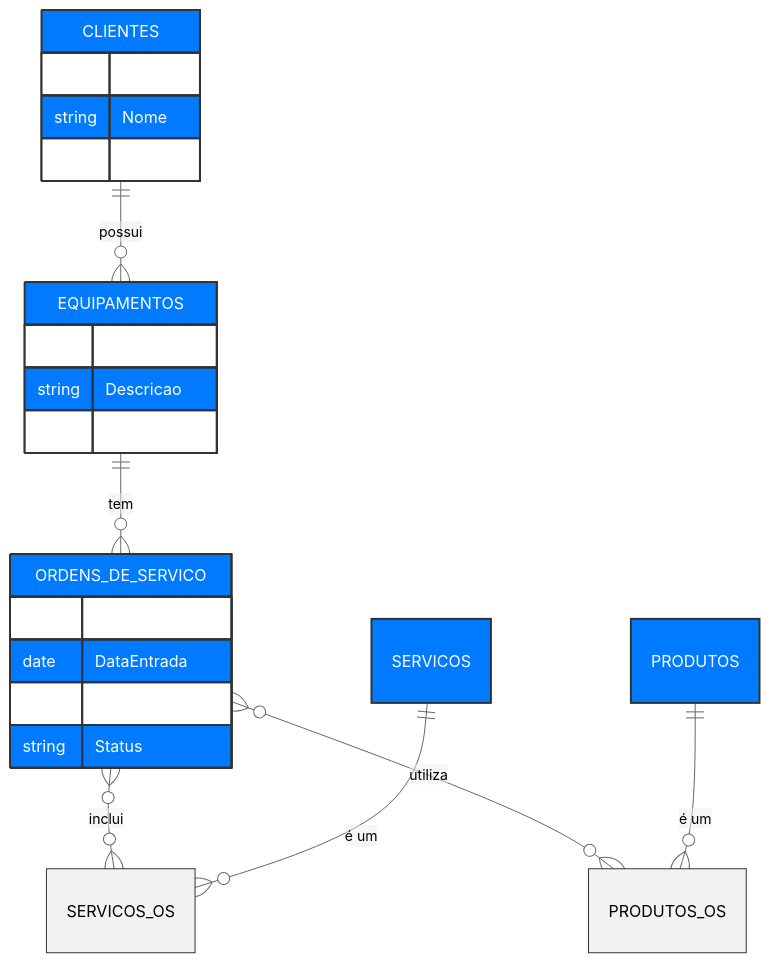
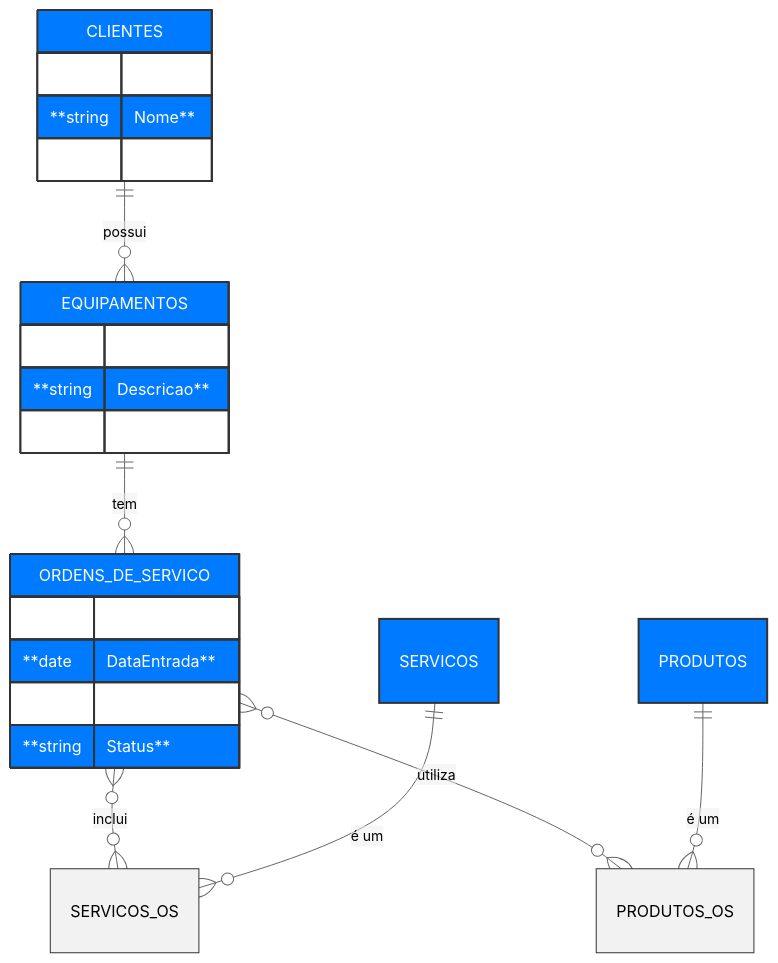
The second of 3 diagrams in README.md (Naasso/Sistema-de-Gest-o-Empresarial-Full-Stack), drawn with Mermaid (neutral theme) before and after one commit.

````diff
--- a/README.md
+++ b/README.md
@@ -118,36 +118,36 @@
 ```mermaid
 erDiagram
     CLIENTES ||--o{ EQUIPAMENTOS : "possui"
     EQUIPAMENTOS ||--o{ ORDENS_DE_SERVICO : "tem"
     
     ORDENS_DE_SERVICO }o--o{ SERVICOS_OS : "inclui"
     SERVICOS ||--o{ SERVICOS_OS : "é um"
 
     ORDENS_DE_SERVICO }o--o{ PRODUTOS_OS : "utiliza"
     PRODUTOS ||--o{ PRODUTOS_OS : "é um"
 
     CLIENTES {
         int ID
-        string Nome
+        **string Nome**
         string Telefone
     }
     EQUIPAMENTOS {
         int ID
-        string Descricao
+        **string Descricao**
         string NumeroSerie
     }
     ORDENS_DE_SERVICO {
         int ID
-        date DataEntrada
+        **date DataEntrada**
         string DefeitoRelatado
-        string Status
+        **string Status**
     }
 
     %% Definição de Estilos
     classDef mainEntity fill:#007bff,stroke:#333,stroke-width:2px,color:white
     classDef linkingEntity fill:#f2f2f2,stroke:#333,stroke-width:1px,color:black
 
     %% Aplicação dos Estilos (sem ponto e vírgula)
     class CLIENTES,EQUIPAMENTOS,ORDENS_DE_SERVICO,SERVICOS,PRODUTOS mainEntity
     class SERVICOS_OS,PRODUTOS_OS linkingEntity
 ```
````
